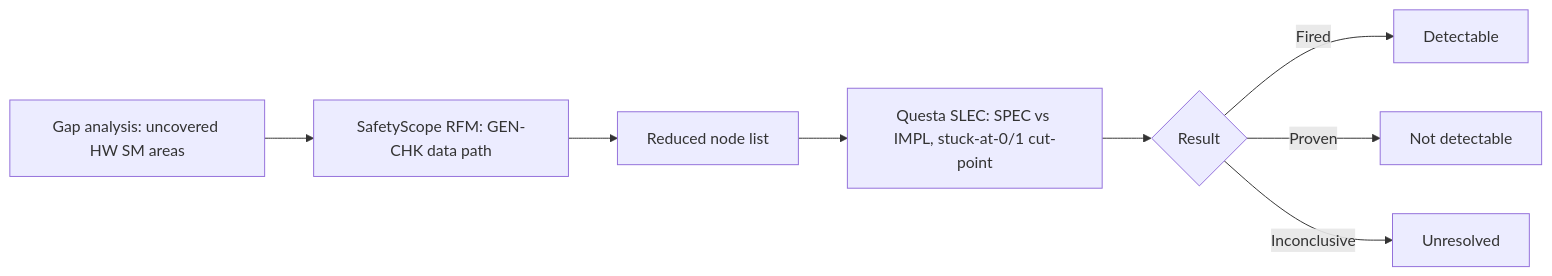
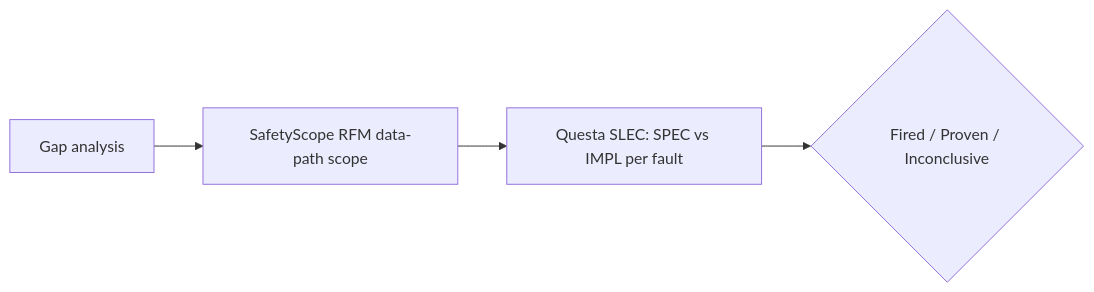
The diagram in docs/papers/ref-20261018-1733-static-structural-analysis-and-formal-verification-of-soc-wi.md (nemo99007/yt-paper), drawn with Mermaid before and after one commit. The commit also changed other lines of this file and 172 other files, not shown here.

````diff
--- a/docs/papers/ref-20261018-1733-static-structural-analysis-and-formal-verification-of-soc-wi.md
+++ b/docs/papers/ref-20261018-1733-static-structural-analysis-and-formal-verification-of-soc-wi.md
@@ -343,10 +186,6 @@
 ```mermaid
 flowchart LR
-  A[Gap analysis: uncovered HW SM areas] --> B[SafetyScope RFM: GEN-CHK data path]
-  B --> C[Reduced node list]
-  C --> D[Questa SLEC: SPEC vs IMPL, stuck-at-0/1 cut-point]
-  D --> E{Result}
-  E -->|Fired| F[Detectable]
-  E -->|Proven| G[Not detectable]
-  E -->|Inconclusive| H[Unresolved]
+  A[Gap analysis] --> B[SafetyScope RFM data-path scope]
+  B --> C[Questa SLEC: SPEC vs IMPL per fault]
+  C --> D{Fired / Proven / Inconclusive}
 ```
````
